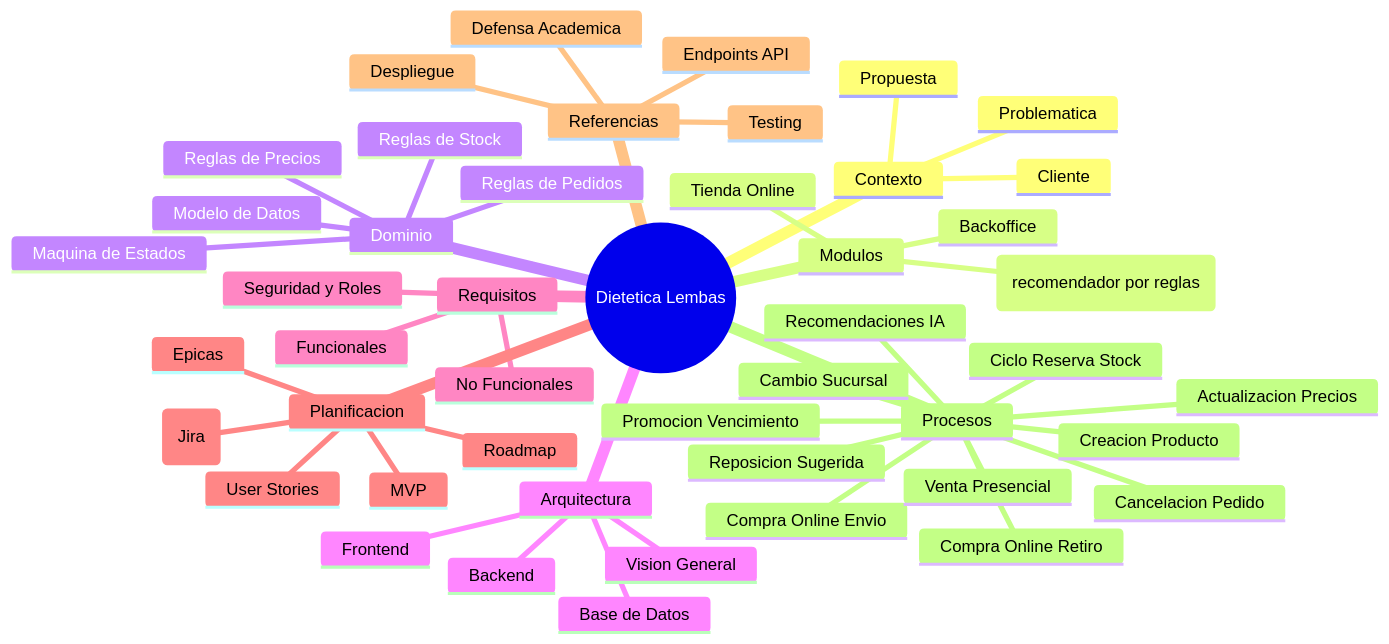
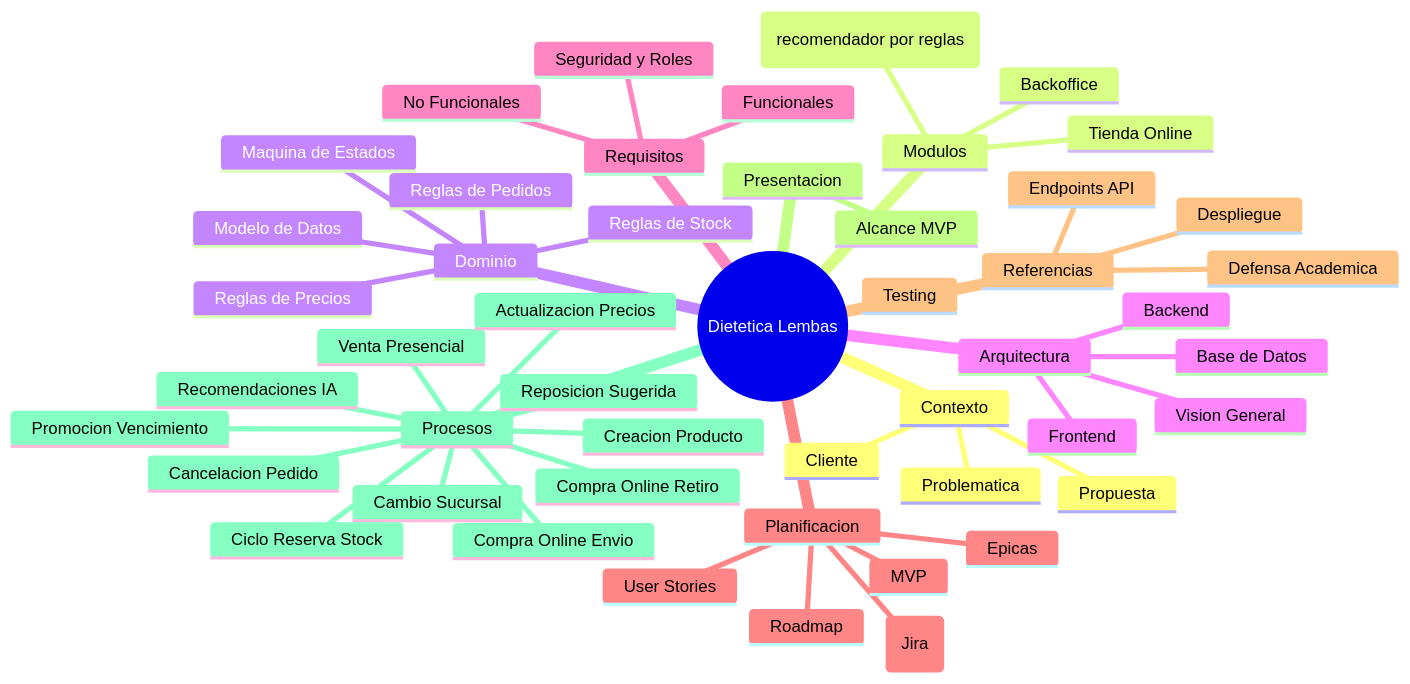
One commit to NachoOsella/tfi-lembas changed the diagram in Documentation/Dietetica Lembas/_Index.md. Above: the diagram before and after it, drawn with Mermaid. The commit also changed other lines of this file and 51 other files, not shown here.

````diff
--- a/Documentation/Dietetica Lembas/_Index.md
+++ b/Documentation/Dietetica Lembas/_Index.md
@@ -24,51 +24,53 @@
 ```mermaid
 %%{init: {"theme": "base", "themeVariables": {"darkMode": true, "background": "#1d2021", "primaryColor": "#32302f", "primaryTextColor": "#d4be98", "primaryBorderColor": "#d4be98", "lineColor": "#d4be98", "secondaryColor": "#32302f", "tertiaryColor": "#1d2021", "textColor": "#d4be98", "noteBkgColor": "#32302f", "noteTextColor": "#d4be98", "noteBorderColor": "#d8a657", "actorBkg": "#32302f", "actorTextColor": "#d4be98", "actorLineColor": "#d4be98", "signalColor": "#7daea3", "signalTextColor": "#d4be98", "labelBoxBkgColor": "#32302f", "labelBoxBorderColor": "#d4be98", "labelTextColor": "#d4be98", "loopTextColor": "#d4be98"}}%%
 mindmap
   root((Dietetica Lembas))
     Contexto
       Cliente
       Problematica
       Propuesta
     Modulos
       Tienda Online
       Backoffice
       Asistente Inteligente (recomendador por reglas)
     Dominio
       Modelo de Datos
       Reglas de Stock
       Reglas de Precios
       Reglas de Pedidos
       Maquina de Estados
     Arquitectura
       Vision General
       Backend
       Frontend
       Base de Datos
     Requisitos
       Funcionales
       No Funcionales
       Seguridad y Roles
     Planificacion
       MVP
       Epicas
       User Stories
       Roadmap
       Plan Scrum (Jira)
     Referencias
       Endpoints API
       Testing
       Despliegue
       Defensa Academica
+    Presentacion
+      Alcance MVP
     Procesos
       Compra Online Retiro
       Compra Online Envio
       Venta Presencial
       Actualizacion Precios
       Cancelacion Pedido
       Reposicion Sugerida
       Promocion Vencimiento
       Recomendaciones IA
       Cambio Sucursal
       Ciclo Reserva Stock
       Creacion Producto
 ```
````
